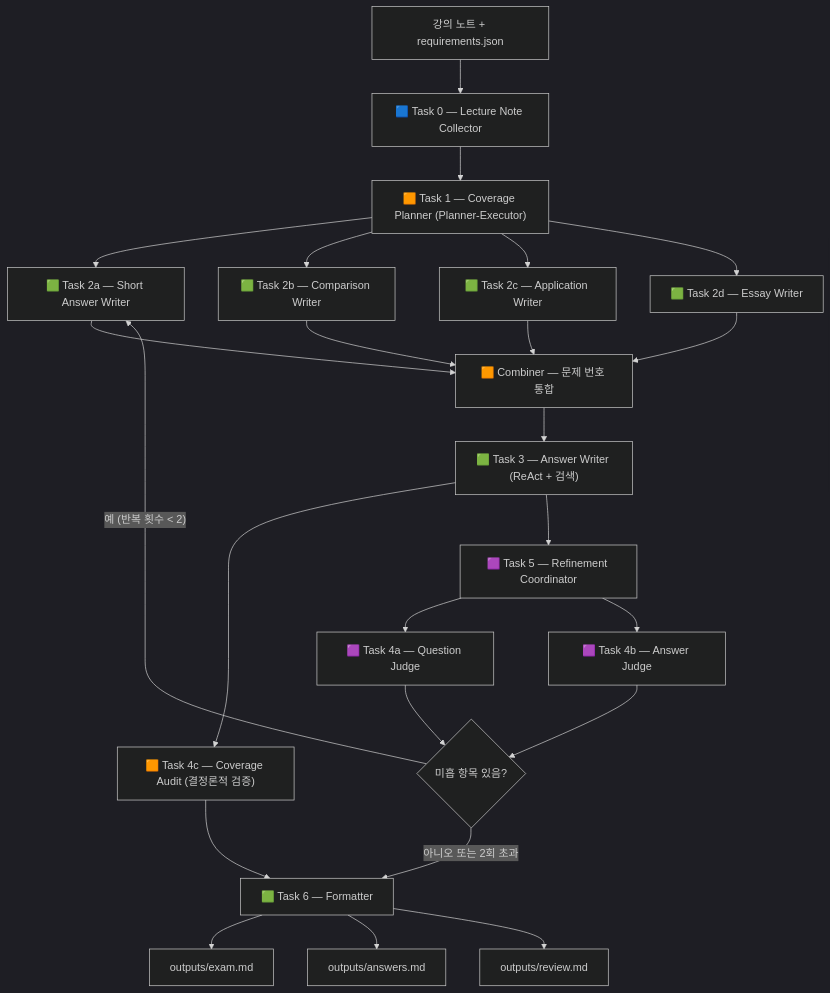
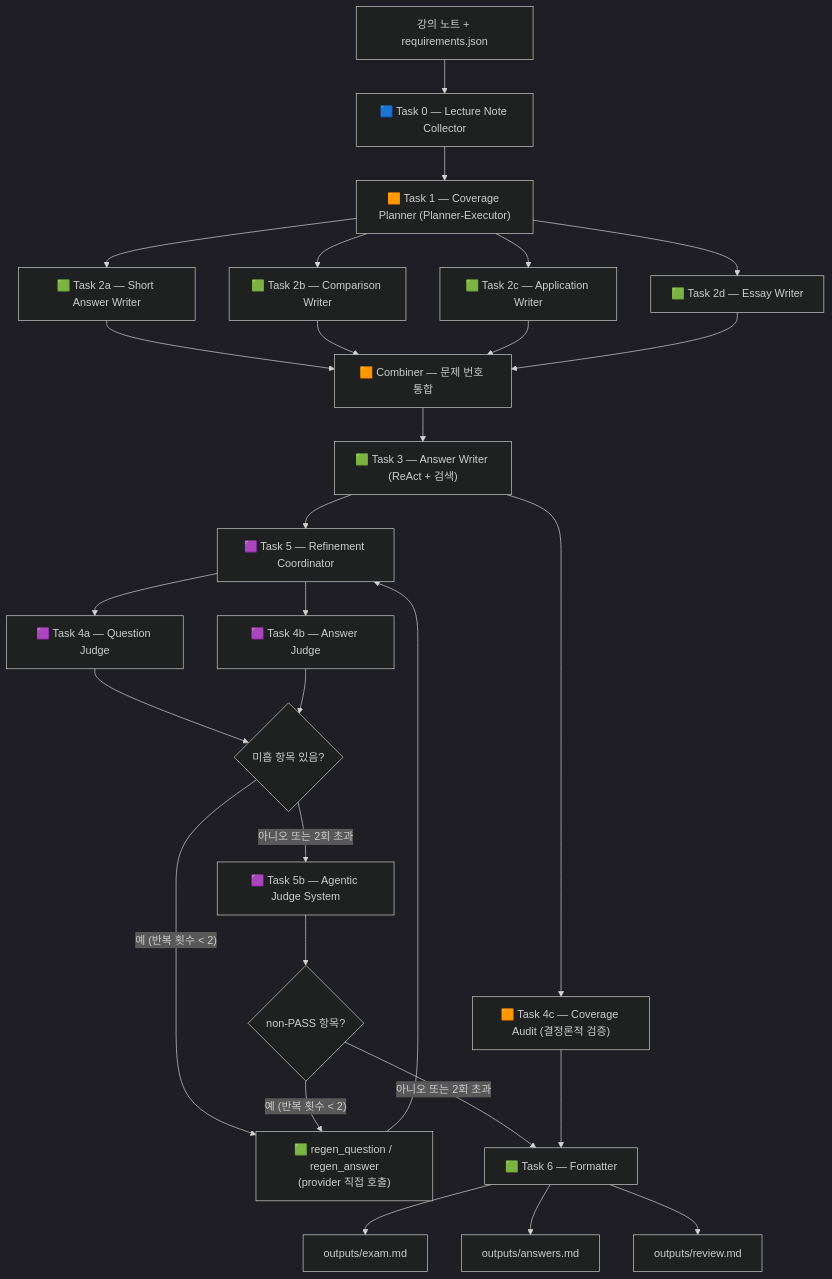
Before and after one commit to yunseo-lee-0527/exam-agent-project: the diagram in exam-agent-project/README.md, drawn with Mermaid (dark theme). The commit also changed other lines of this file and 4 other files, not shown here.

````diff
--- a/exam-agent-project/README.md
+++ b/exam-agent-project/README.md
@@ -79,31 +80,35 @@
 ```mermaid
 flowchart TD
     INPUT["강의 노트 + requirements.json"] --> T0["🟦 Task 0 — Lecture Note Collector"]
     T0 --> T1["🟧 Task 1 — Coverage Planner (Planner-Executor)"]
 
     T1 --> T2A["🟩 Task 2a — Short Answer Writer"]
     T1 --> T2B["🟩 Task 2b — Comparison Writer"]
     T1 --> T2C["🟩 Task 2c — Application Writer"]
     T1 --> T2D["🟩 Task 2d — Essay Writer"]
 
     T2A --> COMBINE["🟧 Combiner — 문제 번호 통합"]
     T2B --> COMBINE
     T2C --> COMBINE
     T2D --> COMBINE
 
     COMBINE --> T3["🟩 Task 3 — Answer Writer (ReAct + 검색)"]
     T3 --> T4C["🟧 Task 4c — Coverage Audit (결정론적 검증)"]
     T3 --> T5["🟪 Task 5 — Refinement Coordinator"]
 
     T5 --> T4A["🟪 Task 4a — Question Judge"]
     T5 --> T4B["🟪 Task 4b — Answer Judge"]
     T4A --> LOOP{미흡 항목 있음?}
     T4B --> LOOP
-    LOOP -- "예 (반복 횟수 < 2)" --> T2A
-    LOOP -- "아니오 또는 2회 초과" --> T6["🟩 Task 6 — Formatter"]
+    LOOP -- "예 (반복 횟수 < 2)" --> REGEN["🟩 regen_question / regen_answer\n(provider 직접 호출)"]
+    REGEN --> T5
+    LOOP -- "아니오 또는 2회 초과" --> T5B["🟪 Task 5b — Agentic Judge System"]
+    T5B --> LOOP2{non-PASS 항목?}
+    LOOP2 -- "예 (반복 횟수 < 2)" --> REGEN
+    LOOP2 -- "아니오 또는 2회 초과" --> T6["🟩 Task 6 — Formatter"]
     T4C --> T6
 
     T6 --> EXAM["outputs/exam.md"]
     T6 --> ANS["outputs/answers.md"]
     T6 --> REV["outputs/review.md"]
 ```
````
